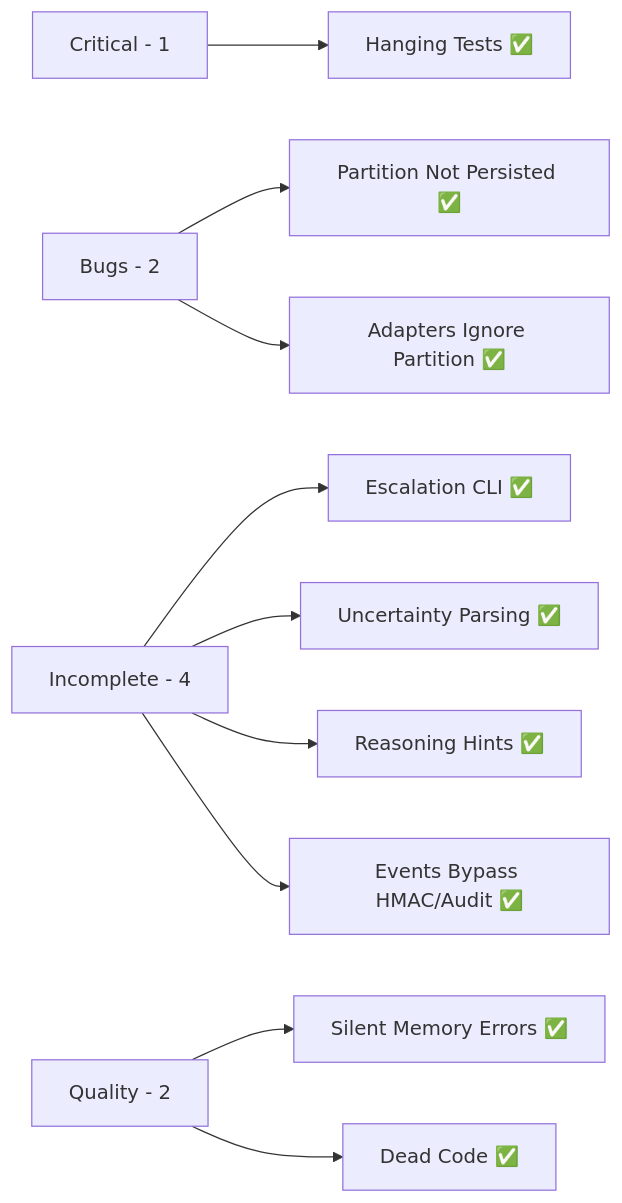
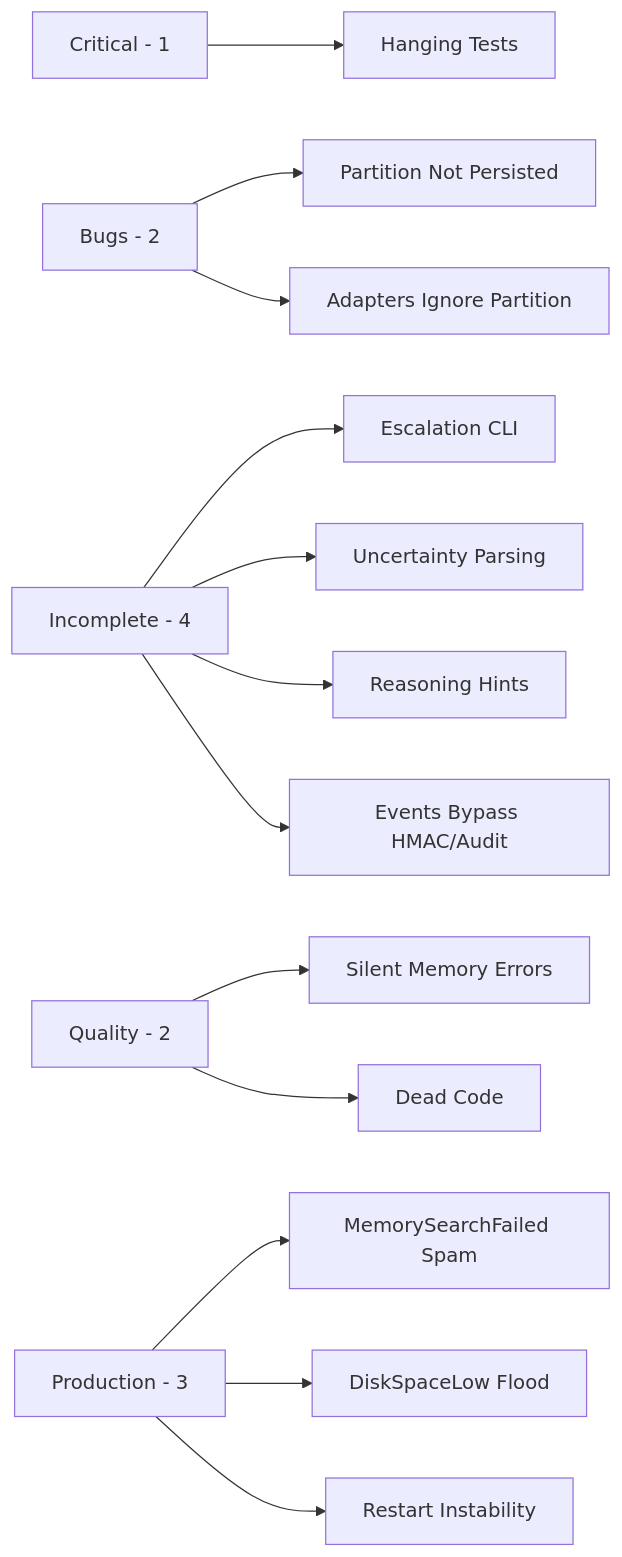
Before and after one commit to AjasMohammed/Agos: the diagram in obsidian-vault/roadmap/Issues and Fixes.md, drawn with Mermaid. The commit also changed other lines of this file and 49 other files, not shown here.

````diff
--- a/obsidian-vault/roadmap/Issues and Fixes.md
+++ b/obsidian-vault/roadmap/Issues and Fixes.md
@@ -171,12 +183,15 @@
 ```mermaid
 graph LR
-    A[Critical - 1] --> A1[Hanging Tests ✅]
-    B[Bugs - 2] --> B1[Partition Not Persisted ✅]
-    B --> B2[Adapters Ignore Partition ✅]
-    C[Incomplete - 4] --> C1[Escalation CLI ✅]
-    C --> C2[Uncertainty Parsing ✅]
-    C --> C3[Reasoning Hints ✅]
-    C --> C4[Events Bypass HMAC/Audit ✅]
-    D[Quality - 2] --> D1[Silent Memory Errors ✅]
-    D --> D2[Dead Code ✅]
+    A[Critical - 1] --> A1[Hanging Tests]
+    B[Bugs - 2] --> B1[Partition Not Persisted]
+    B --> B2[Adapters Ignore Partition]
+    C[Incomplete - 4] --> C1[Escalation CLI]
+    C --> C2[Uncertainty Parsing]
+    C --> C3[Reasoning Hints]
+    C --> C4[Events Bypass HMAC/Audit]
+    D[Quality - 2] --> D1[Silent Memory Errors]
+    D --> D2[Dead Code]
+    E[Production - 3] --> E1[MemorySearchFailed Spam]
+    E --> E2[DiskSpaceLow Flood]
+    E --> E3[Restart Instability]
 ```
````
